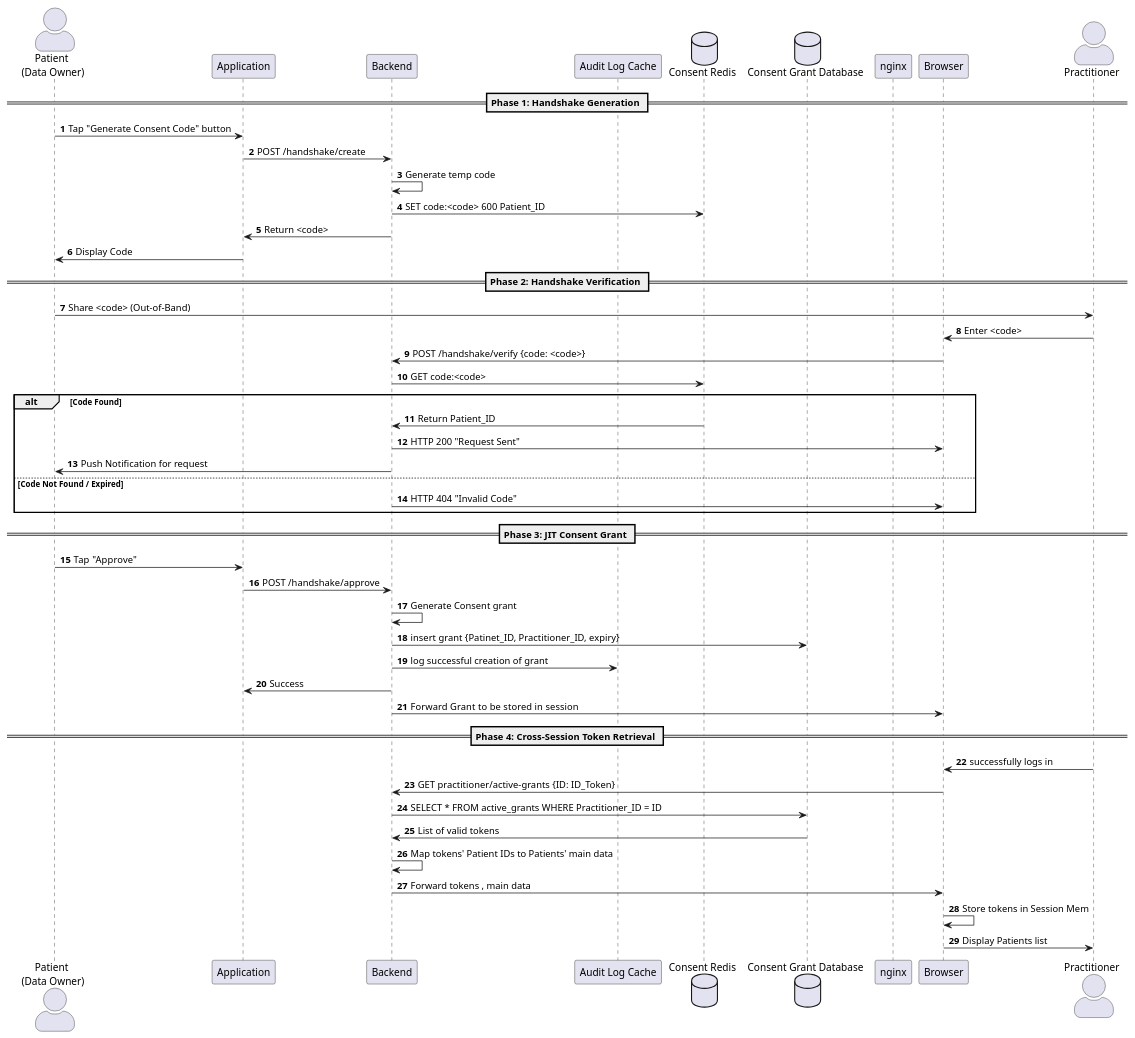
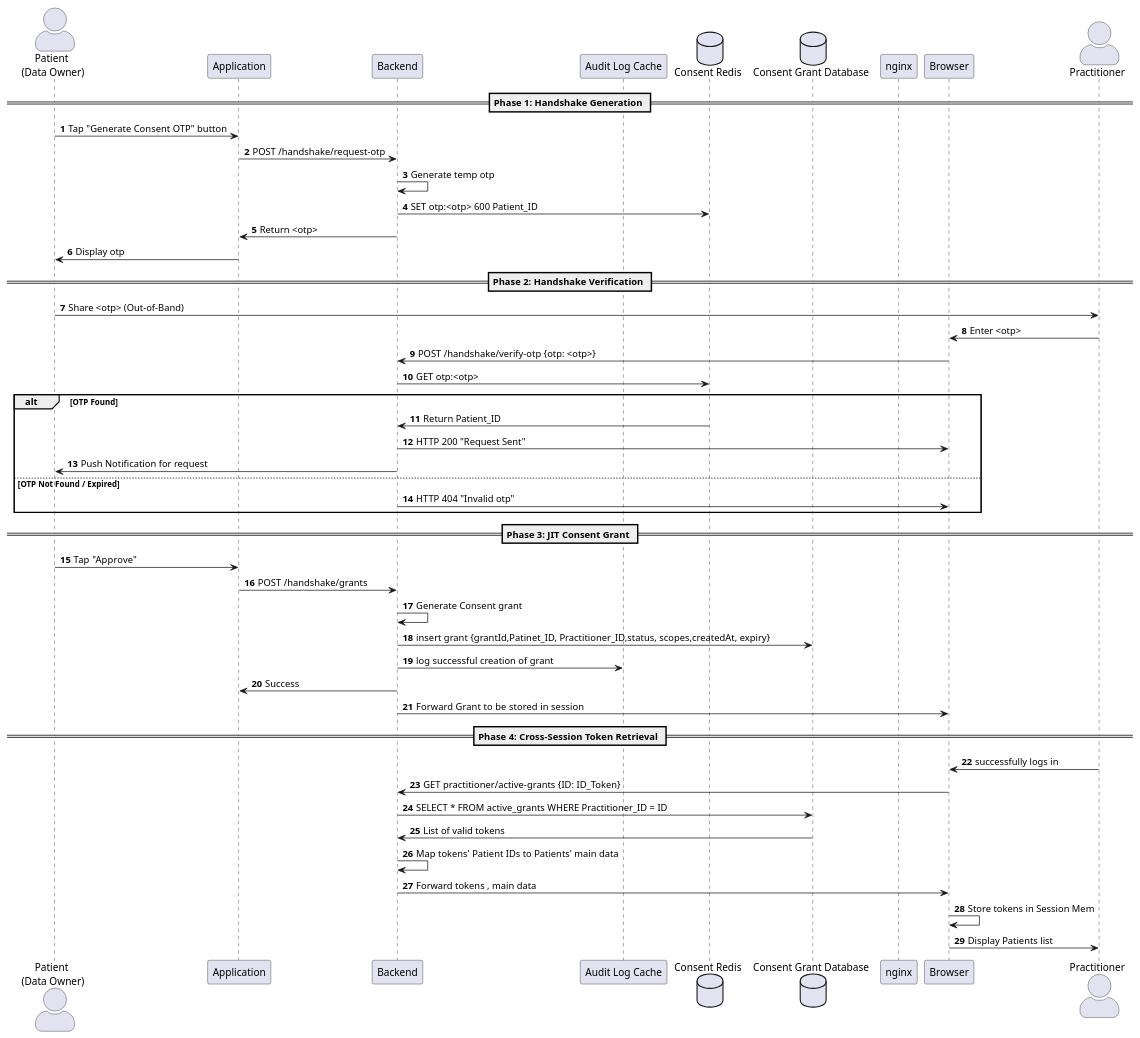
One commit to Belal0066/CFI-Care changed the diagram in docs/Diagrams/Consent-Grant-Flow/Consent-Part1.puml. Above: the diagram before and after it, drawn with PlantUML.

Commit message:
chore:minor updates to consent grant diagram

```diff
--- a/docs/Diagrams/Consent-Grant-Flow/Consent-Part1.puml
+++ b/docs/Diagrams/Consent-Grant-Flow/Consent-Part1.puml
@@ -1,62 +1,62 @@
 @startuml
 skinparam actorStyle AWESOME
 autonumber
 
 actor "Patient \n(Data Owner)" as U1
 participant "Application" as App
 
 participant "Backend" as BE
 
 participant "Audit Log Cache" as AuditLog
 
 
 database "Consent Redis" as Cache
 database "Consent Grant Database" as DB
 
 participant nginx
 participant "Browser" as FE
 actor "Practitioner" as U2
 
 == Phase 1: Handshake Generation ==
-U1 -> App : Tap "Generate Consent Code" button
-App -> BE: POST /handshake/create
-BE -> BE: Generate temp code
-BE -> Cache : SET code:<code> 600 Patient_ID
-BE -> App: Return <code>
-App -> U1: Display Code
+U1 -> App : Tap "Generate Consent OTP" button
+App -> BE: POST /handshake/request-otp
+BE -> BE: Generate temp otp
+BE -> Cache : SET otp:<otp> 600 Patient_ID
+BE -> App: Return <otp>
+App -> U1: Display otp
 
 == Phase 2: Handshake Verification ==
-U1 -> U2: Share <code> (Out-of-Band)
-U2 -> FE: Enter <code>
-FE -> BE : POST /handshake/verify {code: <code>}
-BE -> Cache: GET code:<code>
-alt Code Found
+U1 -> U2: Share <otp> (Out-of-Band)
+U2 -> FE: Enter <otp>
+FE -> BE : POST /handshake/verify-otp {otp: <otp>}
+BE -> Cache: GET otp:<otp>
+alt OTP Found
     Cache -> BE: Return Patient_ID
     BE -> FE: HTTP 200 "Request Sent"
     
     BE -> U1: Push Notification for request
-else Code Not Found / Expired
-    BE -> FE: HTTP 404 "Invalid Code"
+else OTP Not Found / Expired
+    BE -> FE: HTTP 404 "Invalid otp"
 end
 
 == Phase 3: JIT Consent Grant ==
 U1 -> App: Tap "Approve"
-App -> BE: POST /handshake/approve
+App -> BE: POST /handshake/grants
 BE -> BE: Generate Consent grant
-BE -> DB: insert grant {Patinet_ID, Practitioner_ID, expiry}
+BE -> DB: insert grant {grantId,Patinet_ID, Practitioner_ID,status, scopes,createdAt, expiry}
 BE-> AuditLog : log successful creation of grant
 BE -> App: Success
 ' BE -> FE: Display "Consent Granted"
 BE -> FE: Forward  Grant to be stored in session
 
 == Phase 4: Cross-Session Token Retrieval ==
 U2 -> FE: successfully logs in 
 FE -> BE: GET practitioner/active-grants {ID: ID_Token}
 
 BE -> DB: SELECT * FROM active_grants WHERE Practitioner_ID = ID
 DB -> BE: List of valid tokens
 BE->BE : Map tokens' Patient IDs to Patients' main data
 BE -> FE: Forward tokens , main data
 FE -> FE: Store tokens in Session Mem
 FE -> U2: Display Patients list
 @enduml
```
